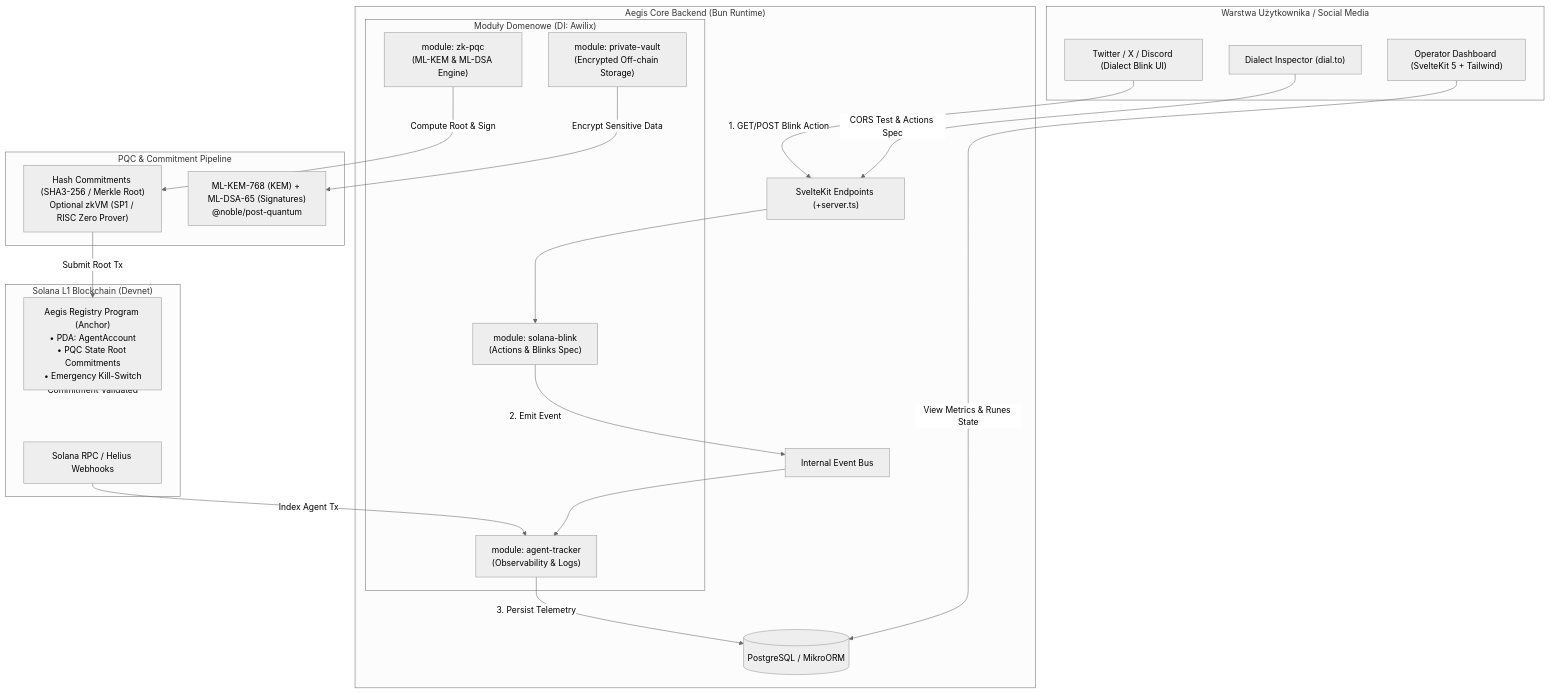
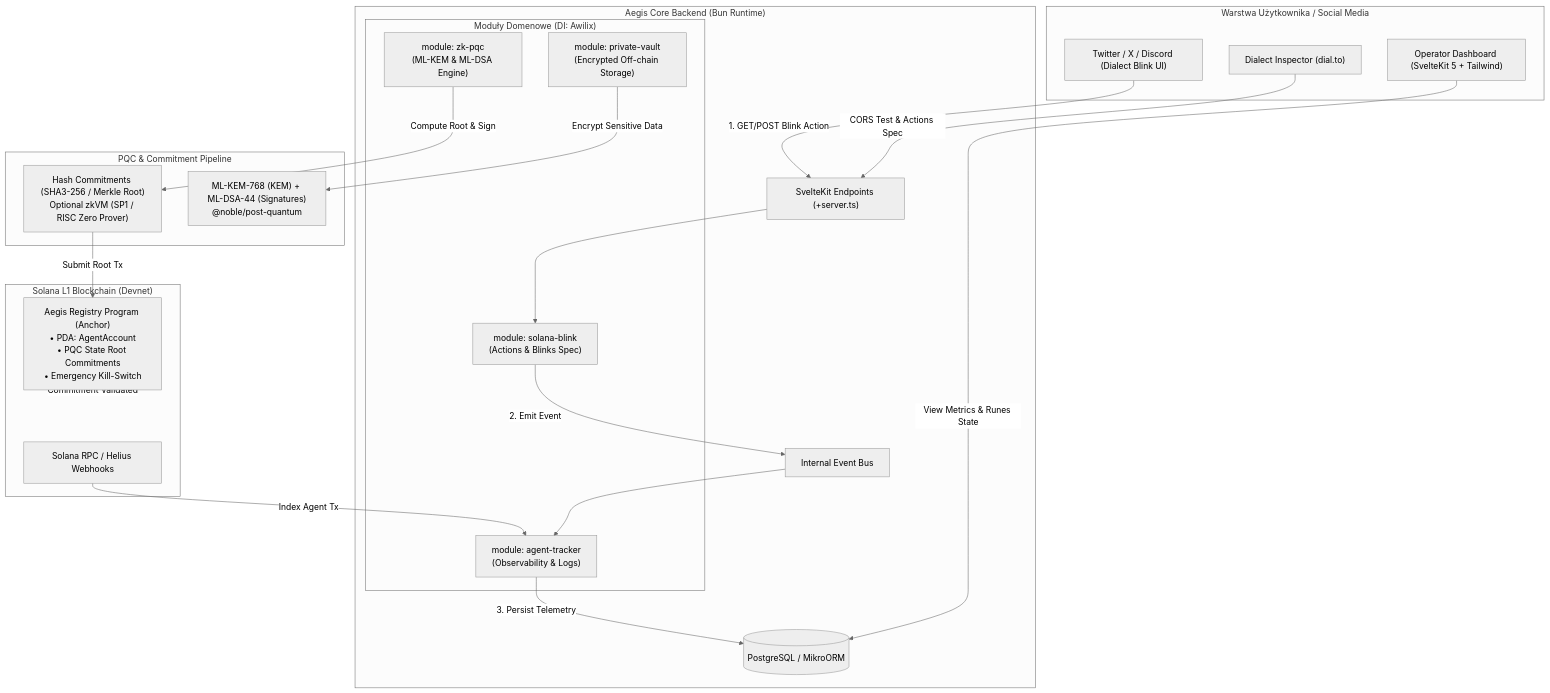
The diagram in ARCHITECTURE.md (jakubGodula/Oberek), drawn with Mermaid (neutral theme) before and after one commit. The commit also changed other lines of this file and 13 other files, not shown here.

````diff
--- a/ARCHITECTURE.md
+++ b/ARCHITECTURE.md
@@ -20,46 +20,46 @@
 ```mermaid
 flowchart TB
     subgraph Client_Layer ["Warstwa Użytkownika / Social Media"]
         X["Twitter / X / Discord (Dialect Blink UI)"]
         DialTo["Dialect Inspector (dial.to)"]
         Dash["Operator Dashboard (SvelteKit 5 + Tailwind)"]
     end
 
     subgraph Backend_Core ["Aegis Core Backend (Bun Runtime)"]
         ServerAPI["SvelteKit Endpoints (+server.ts)"]
         
         subgraph Modules ["Moduły Domenowe (DI: Awilix)"]
             M_Blink["module: solana-blink\n(Actions & Blinks Spec)"]
             M_Tracker["module: agent-tracker\n(Observability & Logs)"]
             M_ZKPQC["module: zk-pqc\n(ML-KEM & ML-DSA Engine)"]
             M_Vault["module: private-vault\n(Encrypted Off-chain Storage)"]
         end
 
         EventBus["Internal Event Bus"]
         DB[("PostgreSQL / MikroORM")]
     end
 
     subgraph Crypto_Pipeline ["PQC & Commitment Pipeline"]
-        PQC_Engine["ML-KEM-768 (KEM) + ML-DSA-65 (Signatures)\n@noble/post-quantum"]
+        PQC_Engine["ML-KEM-768 (KEM) + ML-DSA-44 (Signatures)\n@noble/post-quantum"]
         Commitment_Engine["Hash Commitments (SHA3-256 / Merkle Root)\nOptional zkVM (SP1 / RISC Zero Prover)"]
     end
 
     subgraph Solana_L1 ["Solana L1 Blockchain (Devnet)"]
         AnchorProg["Aegis Registry Program (Anchor)\n• PDA: AgentAccount\n• PQC State Root Commitments\n• Emergency Kill-Switch"]
         Helius["Solana RPC / Helius Webhooks"]
     end
 
     X -->|1. GET/POST Blink Action| ServerAPI
     DialTo -->|CORS Test & Actions Spec| ServerAPI
     ServerAPI --> M_Blink
     M_Blink -->|2. Emit Event| EventBus
     EventBus --> M_Tracker
     M_Tracker -->|3. Persist Telemetry| DB
     Helius -->|Index Agent Tx| M_Tracker
     
     M_Vault -->|Encrypt Sensitive Data| PQC_Engine
     M_ZKPQC -->|Compute Root & Sign| Commitment_Engine
     Commitment_Engine -->|Submit Root Tx| AnchorProg
     AnchorProg -.->|Commitment Validated| Solana_L1
     Dash -->|View Metrics & Runes State| DB
 ```
````
